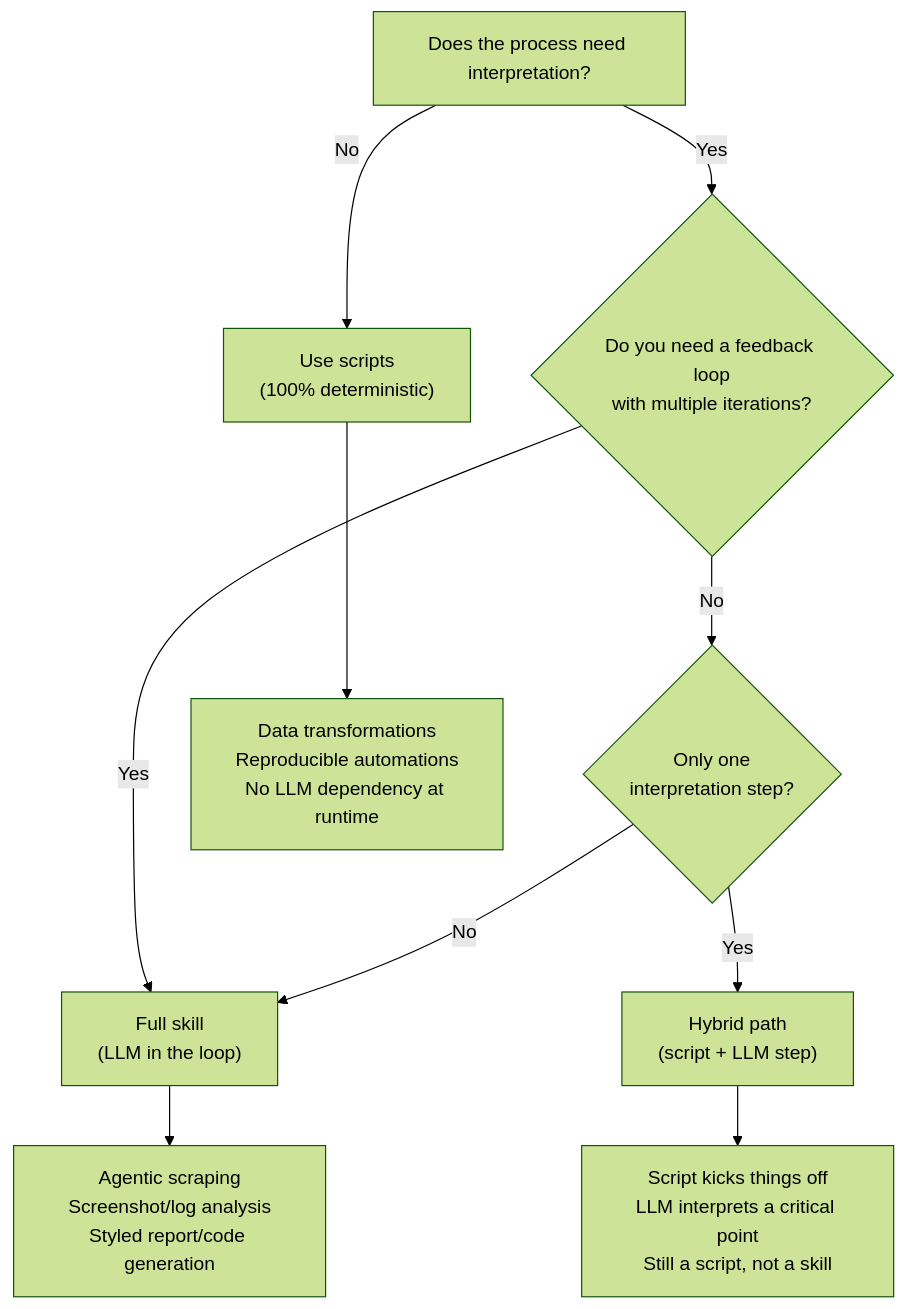
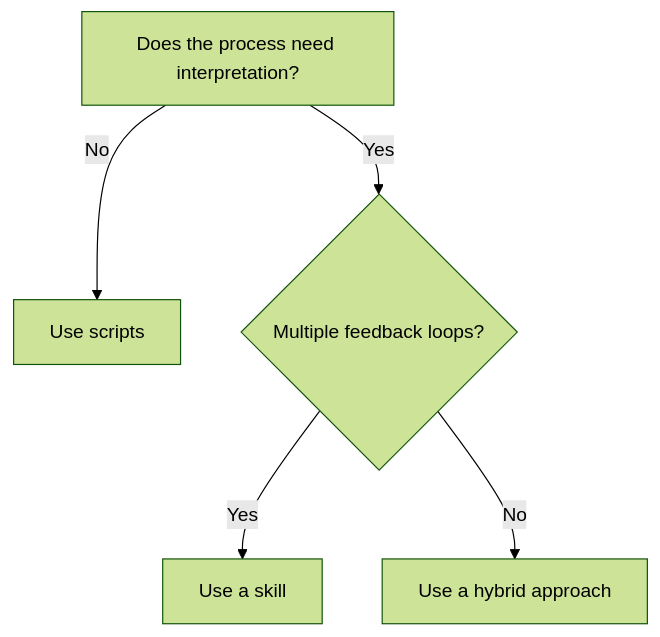
The diagram in _posts/2026-03-06-ai-skills-vs-scripts.md (mig8447/mig8447.github.io), drawn with Mermaid (forest theme) before and after one commit. The commit also changed other lines of this file, not shown here.

Commit message:
fix: simplify skills vs scripts mermaid

````diff
--- a/_posts/2026-03-06-ai-skills-vs-scripts.md
+++ b/_posts/2026-03-06-ai-skills-vs-scripts.md
@@ -25,14 +25,8 @@
 ```mermaid
 flowchart TD
     Start[Does the process need interpretation?]
-    Start -- No --> Scripts["Use scripts\n(100% deterministic)"]
-    Start -- Yes --> Loop{"Do you need a feedback loop\nwith multiple iterations?"}
-    Loop -- Yes --> Skill["Full skill\n(LLM in the loop)"]
-    Loop -- No --> Hybrid{"Only one\ninterpretation step?"}
-    Hybrid -- Yes --> HybridPath["Hybrid path\n(script + LLM step)"]
-    Hybrid -- No --> Skill
-
-    Scripts --> Notes1["Data transformations\nReproducible automations\nNo LLM dependency at runtime"]
-    Skill --> Notes2["Agentic scraping\nScreenshot/log analysis\nStyled report/code generation"]
-    HybridPath --> Notes3["Script kicks things off\nLLM interprets a critical point\nStill a script, not a skill"]
+    Start -- No --> Scripts[Use scripts]
+    Start -- Yes --> Loop{Multiple feedback loops?}
+    Loop -- Yes --> Skill[Use a skill]
+    Loop -- No --> Hybrid[Use a hybrid approach]
 ```
````
